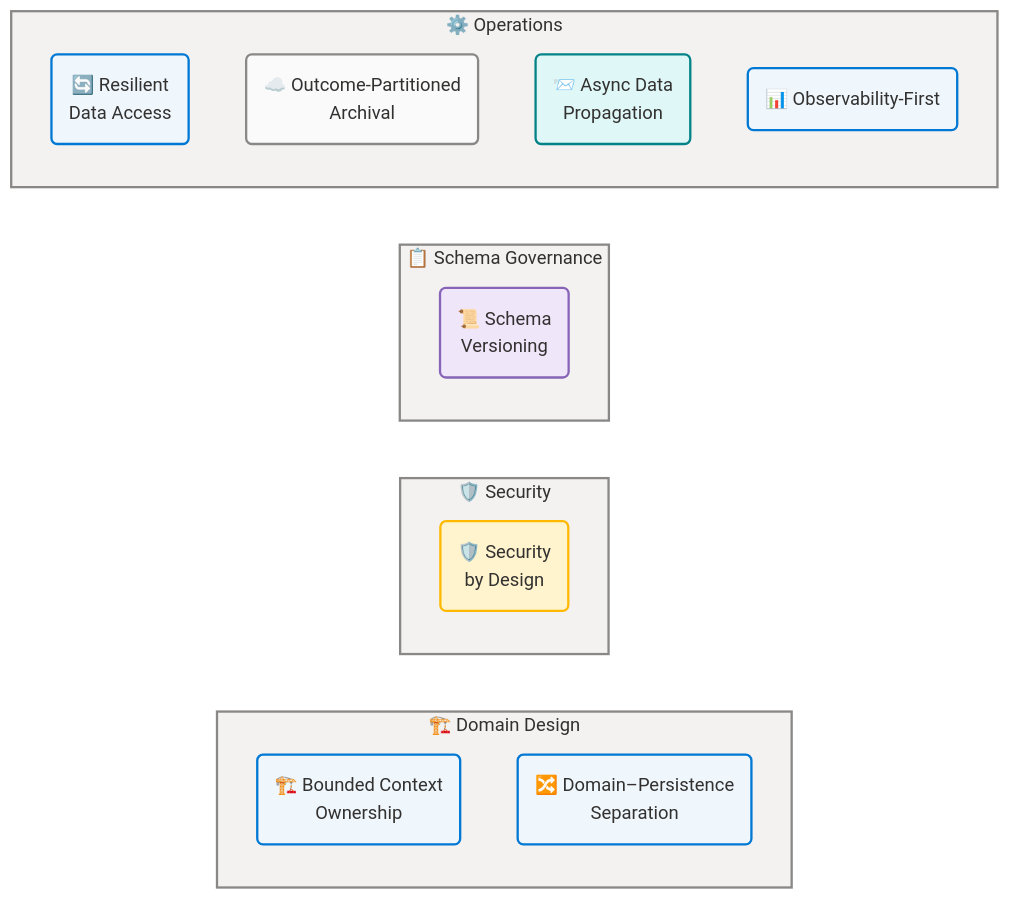
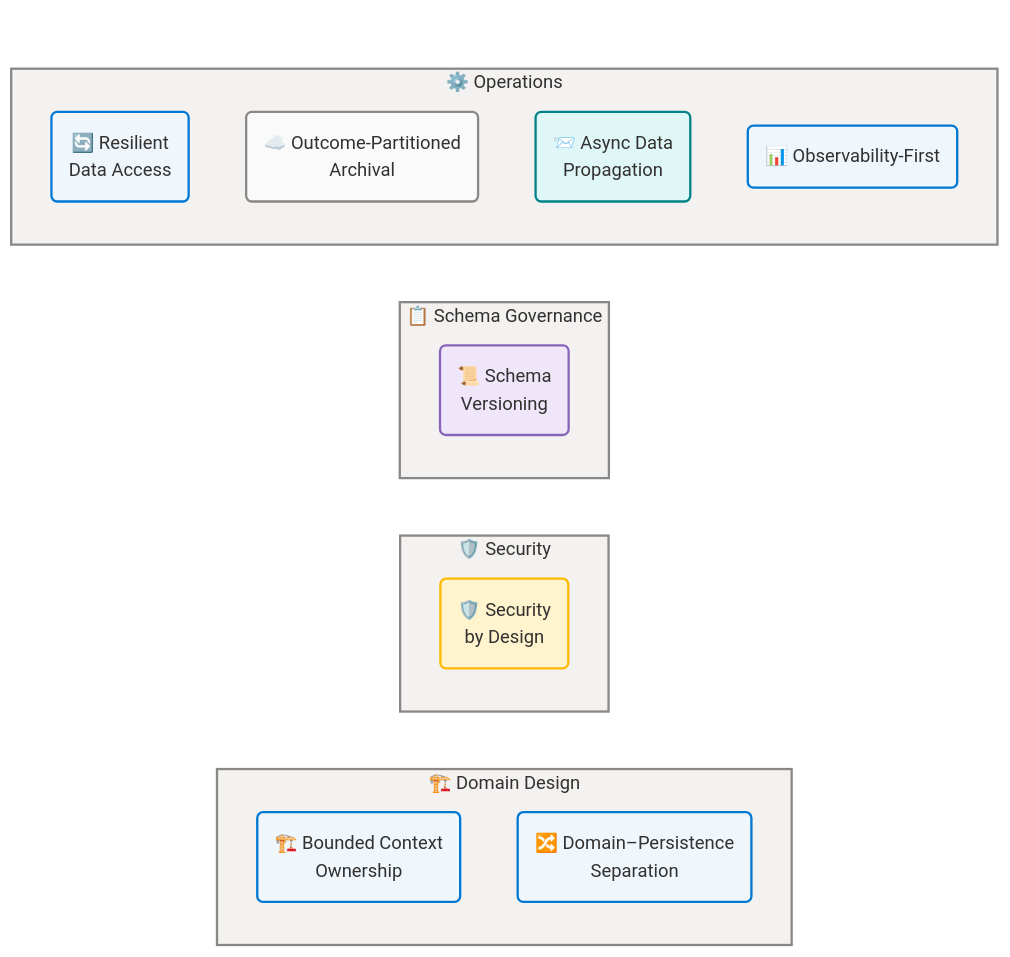
Before and after one commit to Evilazaro/Azure-LogicApps-Monitoring: the second of 7 diagrams in docs/architecture/data-architecture.md, drawn with Mermaid. The commit also changed other lines of this file, not shown here.

Commit message:
Enhance Mermaid diagrams with improved titles, styling, and curve settings for better clarity and consistency

````diff
--- a/docs/architecture/data-architecture.md
+++ b/docs/architecture/data-architecture.md
@@ -256,57 +262,63 @@
 ```mermaid
 ---
+title: Data Architecture Principles Hierarchy
 config:
   theme: base
   look: classic
   layout: dagre
   themeVariables:
     fontSize: '16px'
+    primaryColor: '#0078D4'
+    primaryBorderColor: '#106EBE'
+    primaryTextColor: '#FFFFFF'
+    lineColor: '#0078D4'
   flowchart:
     htmlLabels: true
+    curve: cardinal
 ---
 flowchart LR
     accTitle: Data Architecture Principles Hierarchy
     accDescr: Groups the eight data architecture principles into four categories: Domain Design covering Bounded Context Ownership and Domain-Persistence Separation; Security covering Security by Design; Schema Governance covering Schema Versioning; and Operations covering Resilient Data Access, Outcome-Partitioned Archival, Async Data Propagation, and Observability-First.
 
     %% ═══════════════════════════════════════════════════════════════════════════
     %% AZURE / FLUENT ARCHITECTURE PATTERN v1.1
     %% (Semantic + Structural + Font + Accessibility Governance)
     %% ═══════════════════════════════════════════════════════════════════════════
     %% PHASE 1 - FLUENT UI: All styling uses approved Fluent UI palette only
     %% PHASE 2 - GROUPS: Every subgraph has semantic color via style directive
     %% PHASE 3 - COMPONENTS: Every node has semantic classDef + icon prefix
     %% PHASE 4 - ACCESSIBILITY: accTitle/accDescr present, WCAG AA contrast
     %% PHASE 5 - STANDARD: Governance block present, classDefs centralized
     %% ═══════════════════════════════════════════════════════════════════════════
 
     subgraph DomainDesign["🏗️ Domain Design"]
         P1("🏗️ Bounded Context\nOwnership"):::core
         P2("🔀 Domain–Persistence\nSeparation"):::core
     end
 
     subgraph SecuritySub["🛡️ Security"]
         P3("🛡️ Security\nby Design"):::warning
     end
 
     subgraph SchemaSub["📋 Schema Governance"]
         P4("📜 Schema\nVersioning"):::data
     end
 
     subgraph OpsSub["⚙️ Operations"]
         P5("🔄 Resilient\nData Access"):::core
         P6("☁️ Outcome-Partitioned\nArchival"):::neutral
         P7("📨 Async Data\nPropagation"):::external
         P8("📊 Observability-First"):::core
     end
 
     style DomainDesign fill:#F3F2F1,stroke:#8A8886,stroke-width:2px,color:#323130
     style SecuritySub fill:#F3F2F1,stroke:#8A8886,stroke-width:2px,color:#323130
     style SchemaSub fill:#F3F2F1,stroke:#8A8886,stroke-width:2px,color:#323130
     style OpsSub fill:#F3F2F1,stroke:#8A8886,stroke-width:2px,color:#323130
 
+    classDef neutral fill:#FAFAFA,stroke:#8A8886,stroke-width:2px,color:#323130
     classDef core fill:#EFF6FC,stroke:#0078D4,stroke-width:2px,color:#323130
     classDef data fill:#F0E6FA,stroke:#8764B8,stroke-width:2px,color:#323130
     classDef external fill:#E0F7F7,stroke:#038387,stroke-width:2px,color:#323130
     classDef warning fill:#FFF4CE,stroke:#FFB900,stroke-width:2px,color:#323130
-    classDef neutral fill:#FAFAFA,stroke:#8A8886,stroke-width:2px,color:#323130
 ```
````
